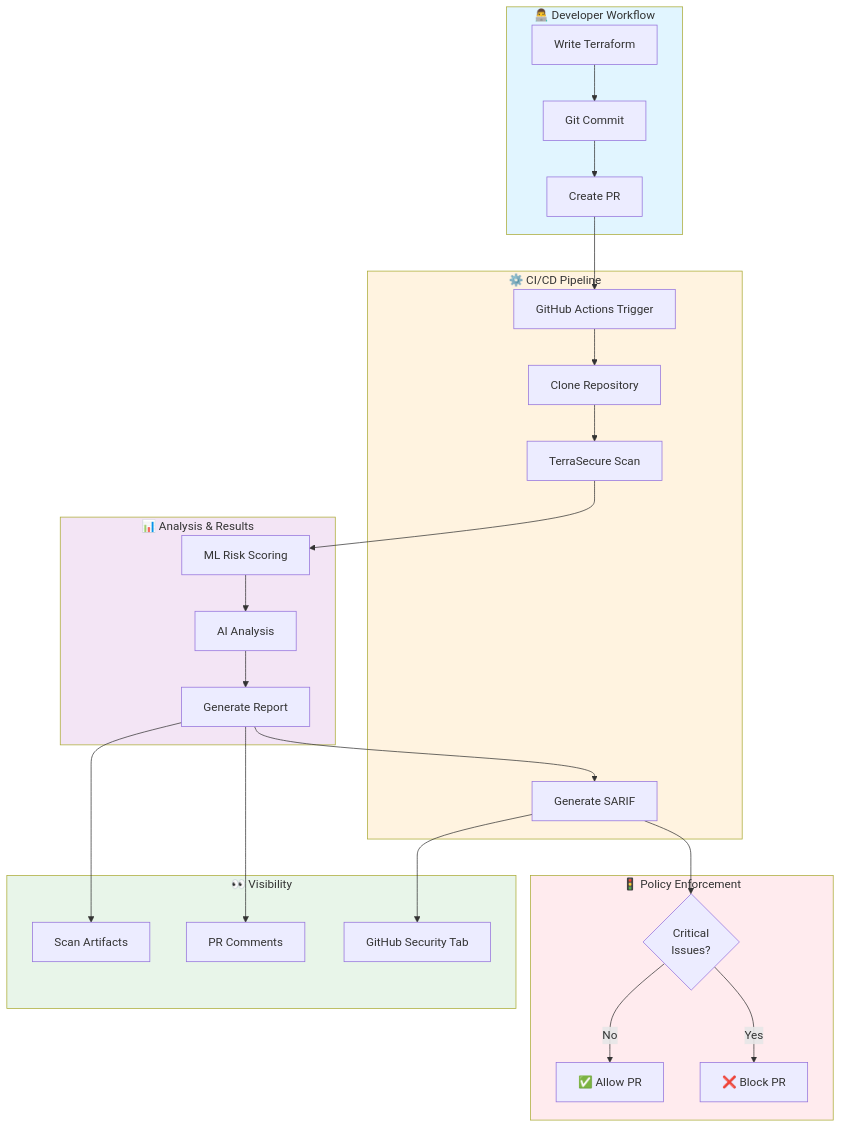
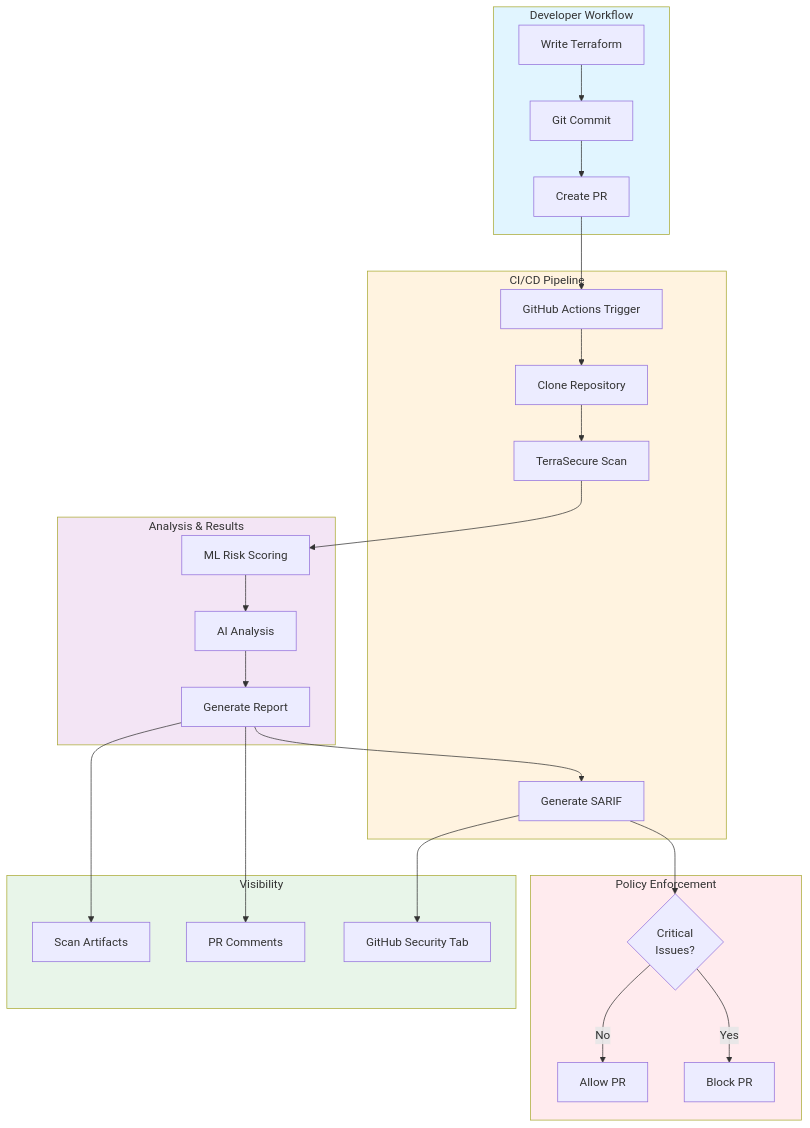
Before and after one commit to guna-hash/TerraSecure: the fourth of 4 diagrams in docs/ARCHITECTURE.md, drawn with Mermaid. The commit also changed other lines of this file, not shown here.

````diff
--- a/docs/ARCHITECTURE.md
+++ b/docs/ARCHITECTURE.md
@@ -210,57 +210,57 @@
 ```mermaid
 flowchart TB
-    subgraph Developer["👨‍💻 Developer Workflow"]
+    subgraph Developer["  Developer Workflow"]
         CODE[Write Terraform]
         COMMIT[Git Commit]
         PR[Create PR]
     end
 
-    subgraph CI["⚙️ CI/CD Pipeline"]
+    subgraph CI["  CI/CD Pipeline"]
         TRIGGER[GitHub Actions Trigger]
         CLONE[Clone Repository]
         SCAN[TerraSecure Scan]
         SARIF_GEN[Generate SARIF]
     end
 
-    subgraph Analysis["📊 Analysis & Results"]
+    subgraph Analysis["  Analysis & Results"]
         ML_CHECK[ML Risk Scoring]
         AI_EXPLAIN[AI Analysis]
         REPORT[Generate Report]
     end
 
-    subgraph Enforcement["🚦 Policy Enforcement"]
+    subgraph Enforcement["  Policy Enforcement"]
         CRITICAL{Critical<br/>Issues?}
-        BLOCK[❌ Block PR]
-        APPROVE[✅ Allow PR]
+        BLOCK[  Block PR]
+        APPROVE[  Allow PR]
     end
 
-    subgraph Visibility["👀 Visibility"]
+    subgraph Visibility["  Visibility"]
         GH_SEC[GitHub Security Tab]
         PR_COMMENT[PR Comments]
         ARTIFACTS[Scan Artifacts]
     end
 
     CODE --> COMMIT
     COMMIT --> PR
     PR --> TRIGGER
     TRIGGER --> CLONE
     CLONE --> SCAN
     SCAN --> ML_CHECK
     ML_CHECK --> AI_EXPLAIN
     AI_EXPLAIN --> REPORT
     REPORT --> SARIF_GEN
     SARIF_GEN --> CRITICAL
     
     CRITICAL -->|Yes| BLOCK
     CRITICAL -->|No| APPROVE
     
     SARIF_GEN --> GH_SEC
     REPORT --> PR_COMMENT
     REPORT --> ARTIFACTS
     
     style Developer fill:#e1f5ff
     style CI fill:#fff3e0
     style Analysis fill:#f3e5f5
     style Enforcement fill:#ffebee
     style Visibility fill:#e8f5e9
 ```
````
